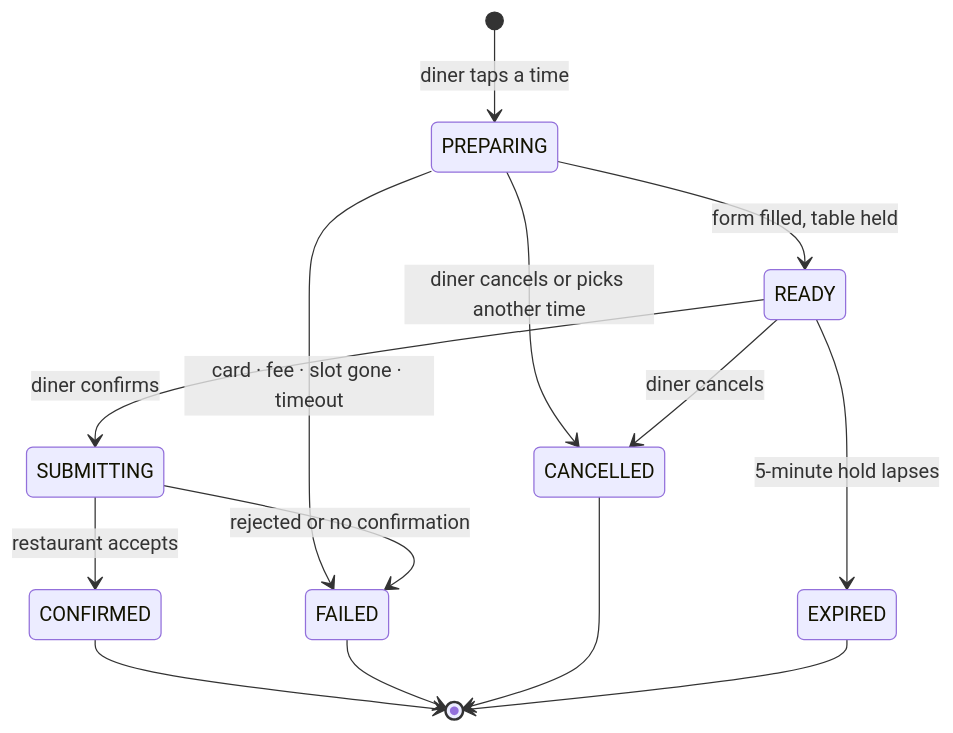
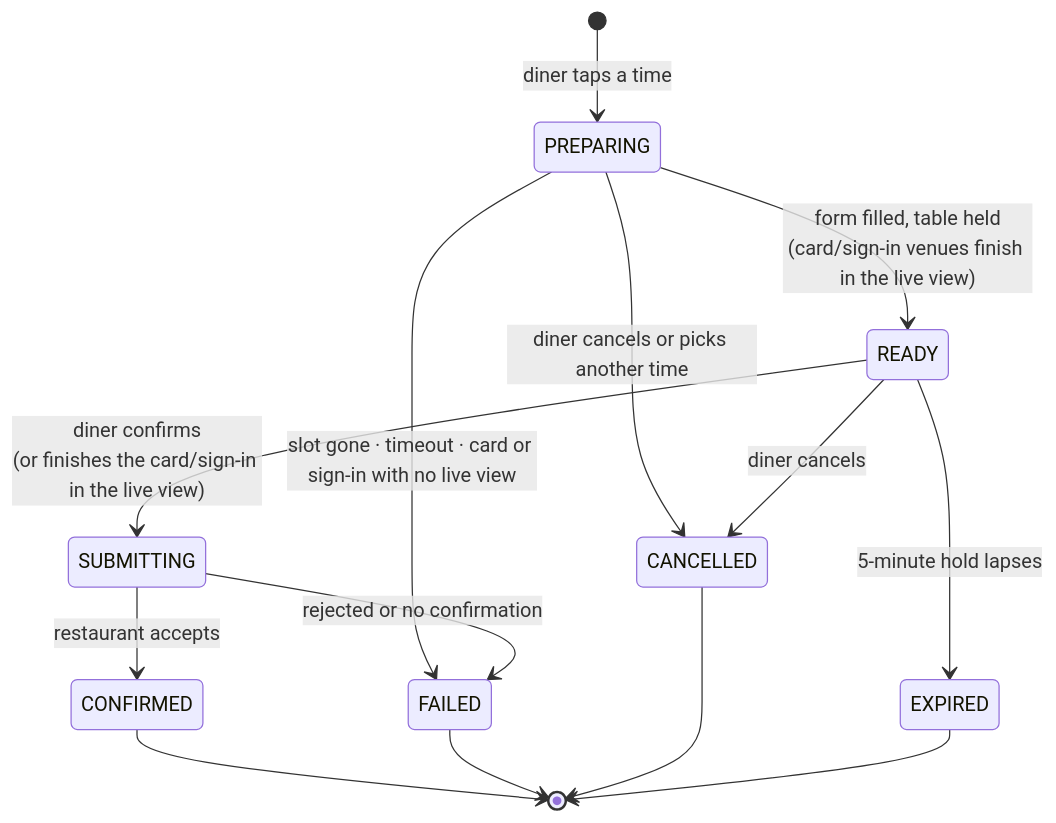
The third of 7 diagrams in ARCHITECTURE.md (Dileep2896/pearl-table-concierge), drawn with Mermaid before and after one commit. The commit also changed other lines of this file and 3 other files, not shown here.

First line of the commit message:
Docs: deployable AI key + card/login live-view finish

````diff
--- a/ARCHITECTURE.md
+++ b/ARCHITECTURE.md
@@ -61,16 +71,16 @@
 ```mermaid
 stateDiagram-v2
   [*] --> PREPARING: diner taps a time
-  PREPARING --> READY: form filled, table held
-  PREPARING --> FAILED: card · fee · slot gone · timeout
+  PREPARING --> READY: form filled, table held<br/>(card/sign-in venues finish in the live view)
+  PREPARING --> FAILED: slot gone · timeout · card or sign-in with no live view
   PREPARING --> CANCELLED: diner cancels or picks another time
-  READY --> SUBMITTING: diner confirms
+  READY --> SUBMITTING: diner confirms<br/>(or finishes the card/sign-in in the live view)
   READY --> CANCELLED: diner cancels
   READY --> EXPIRED: 5-minute hold lapses
   SUBMITTING --> CONFIRMED: restaurant accepts
   SUBMITTING --> FAILED: rejected or no confirmation
   CONFIRMED --> [*]
   FAILED --> [*]
   CANCELLED --> [*]
   EXPIRED --> [*]
 ```
````
